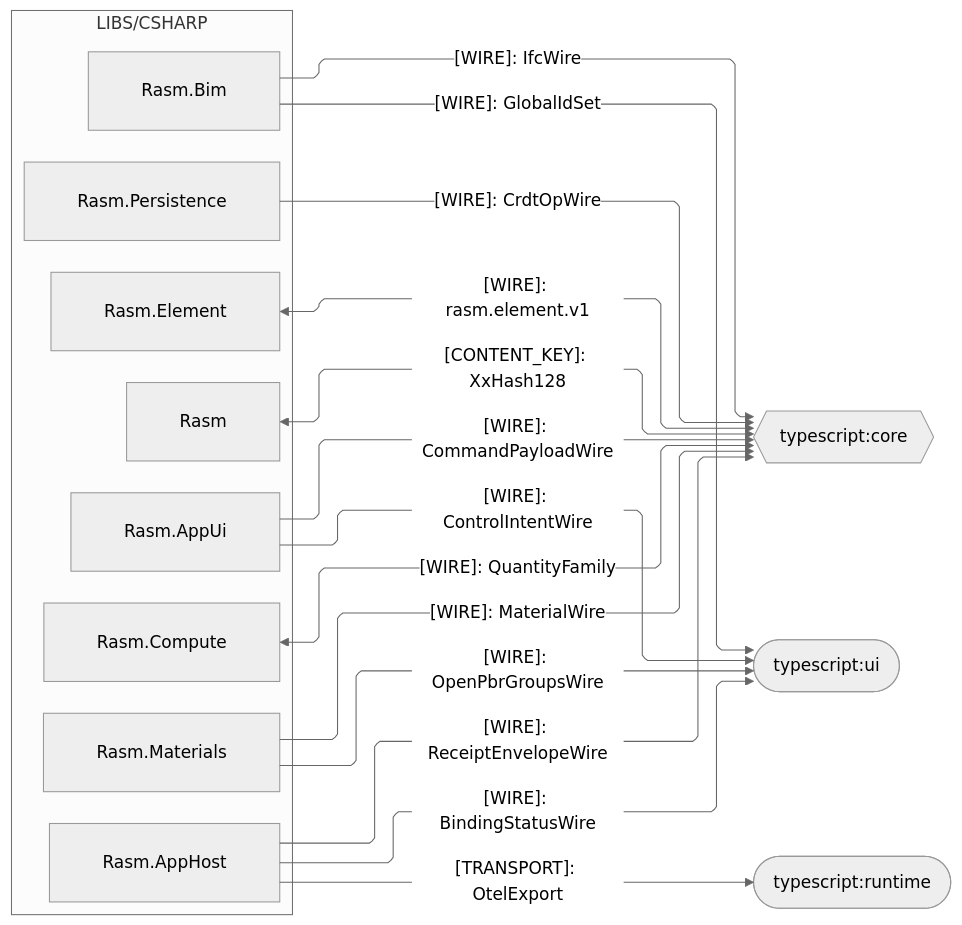
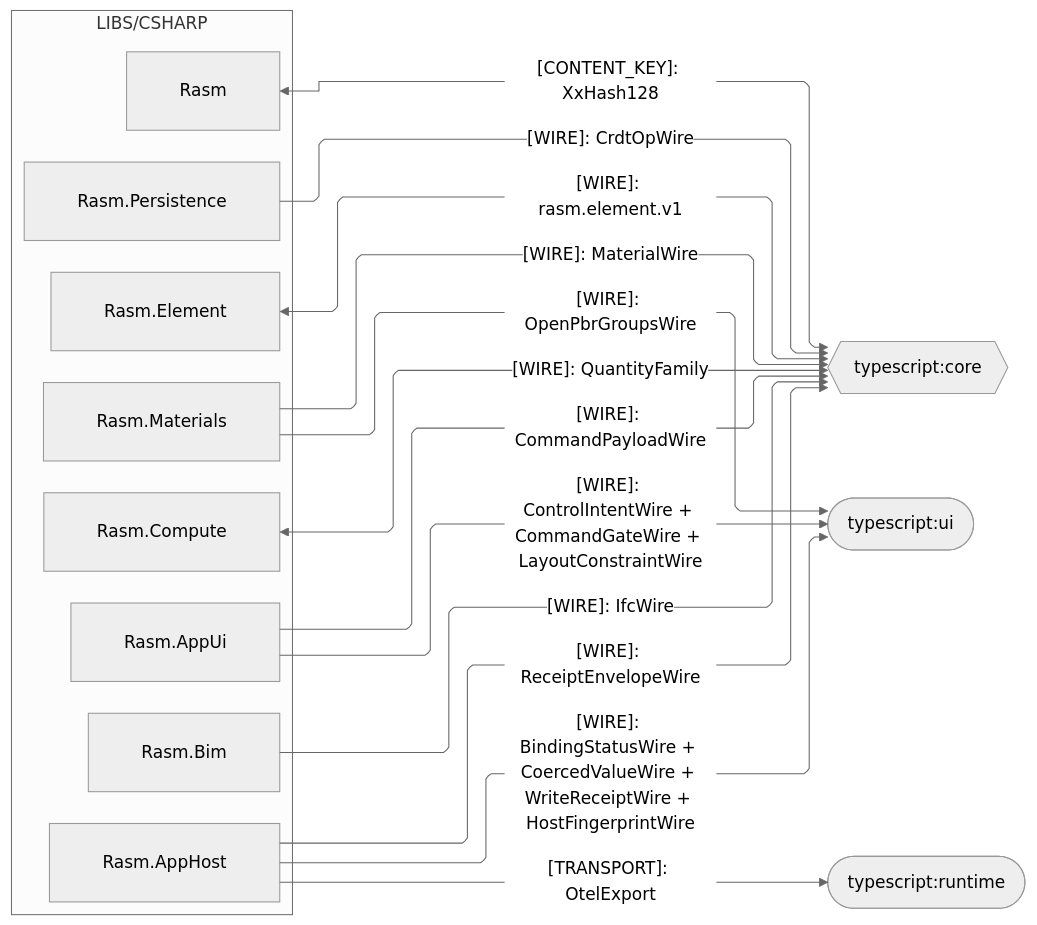
The third of 5 diagrams in libs/csharp/.planning/ARCHITECTURE.md (bsamiee/Rasm), drawn with Mermaid (neutral theme) before and after one commit. The commit also changed other lines of this file and 486 other files, not shown here.

````diff
--- a/libs/csharp/.planning/ARCHITECTURE.md
+++ b/libs/csharp/.planning/ARCHITECTURE.md
@@ -137,38 +151,37 @@
 ```mermaid
 ---
 config:
   layout: elk
   flowchart:
     curve: linear
     padding: 25
 ---
 flowchart LR
     accTitle: C# branch typescript seam registry
     accDescr: C# packages producing kinded wires the typescript core, runtime, and ui domains decode — data-bearing wires and the telemetry transport edge, labeled per kind — bidirectional peers as hexagons, one-way sinks as stadiums.
     subgraph csharp[LIBS/CSHARP]
         Rasm[Rasm]
         Element[Rasm.Element]
         Compute[Rasm.Compute]
         Persistence[Rasm.Persistence]
         Bim[Rasm.Bim]
         Materials[Rasm.Materials]
         AppUi[Rasm.AppUi]
         AppHost[Rasm.AppHost]
     end
     TsCore{{typescript:core}}
     TsUi([typescript:ui])
     TsRuntime([typescript:runtime])
     Rasm <-->|"[CONTENT_KEY]: XxHash128"| TsCore
     Element <-->|"[WIRE]: rasm.element.v1"| TsCore
     Compute <-->|"[WIRE]: QuantityFamily"| TsCore
     Persistence -->|"[WIRE]: CrdtOpWire"| TsCore
     Bim -->|"[WIRE]: IfcWire"| TsCore
     Materials -->|"[WIRE]: MaterialWire"| TsCore
     AppUi -->|"[WIRE]: CommandPayloadWire"| TsCore
     AppHost -->|"[WIRE]: ReceiptEnvelopeWire"| TsCore
-    Bim -->|"[WIRE]: GlobalIdSet"| TsUi
     Materials -->|"[WIRE]: OpenPbrGroupsWire"| TsUi
-    AppUi -->|"[WIRE]: ControlIntentWire"| TsUi
-    AppHost -->|"[WIRE]: BindingStatusWire"| TsUi
+    AppUi -->|"[WIRE]: ControlIntentWire + CommandGateWire + LayoutConstraintWire"| TsUi
+    AppHost -->|"[WIRE]: BindingStatusWire + CoercedValueWire + WriteReceiptWire + HostFingerprintWire"| TsUi
     AppHost -->|"[TRANSPORT]: OtelExport"| TsRuntime
 ```
````
